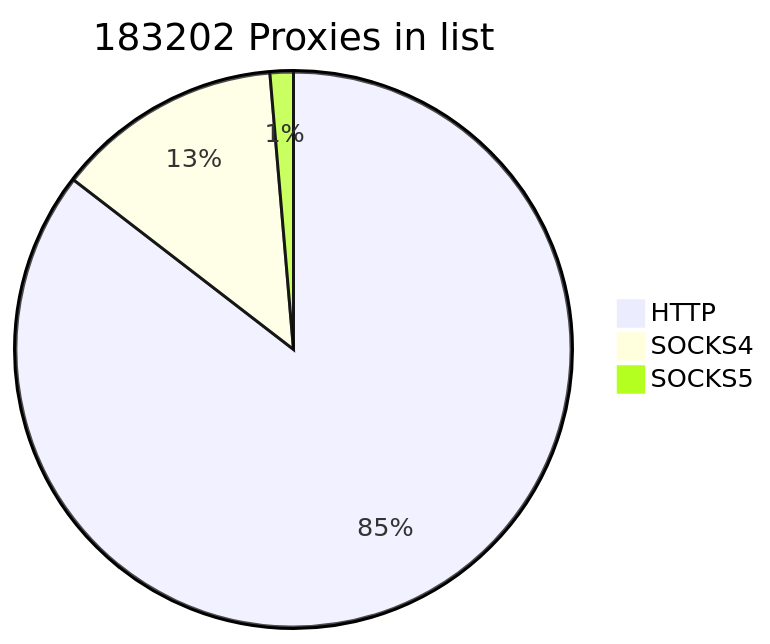
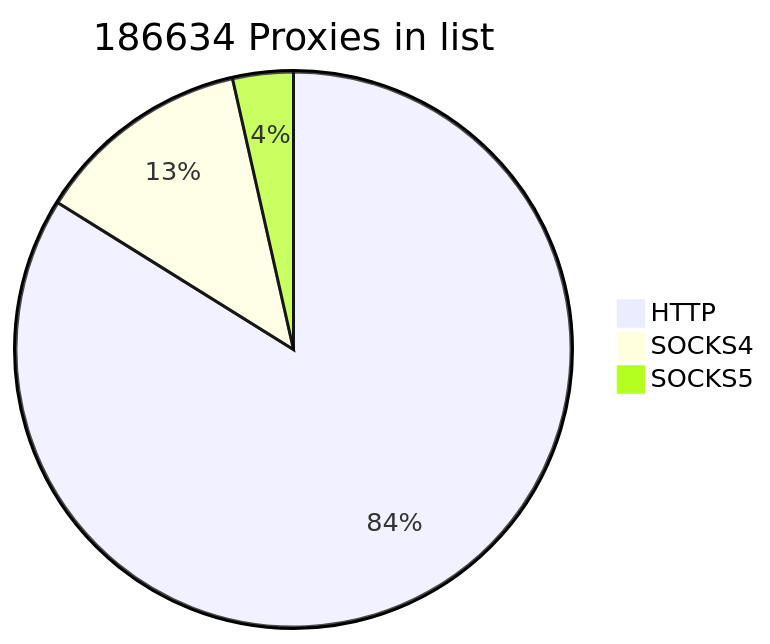
One commit to cutipu/proxylist changed the first of 2 diagrams in README.md. Above: the diagram before and after it, drawn with Mermaid. The commit also changed other lines of this file, not shown here.

````diff
--- a/README.md
+++ b/README.md
@@ -2,7 +2,7 @@
 ```mermaid
-pie title 183202 Proxies in list
-    "HTTP" : 156555
-    "SOCKS4" : 24159
-    "SOCKS5" : 2488
+pie title 186634 Proxies in list
+    "HTTP" : 156531
+    "SOCKS4" : 23526
+    "SOCKS5" : 6577
             
 ```
````
